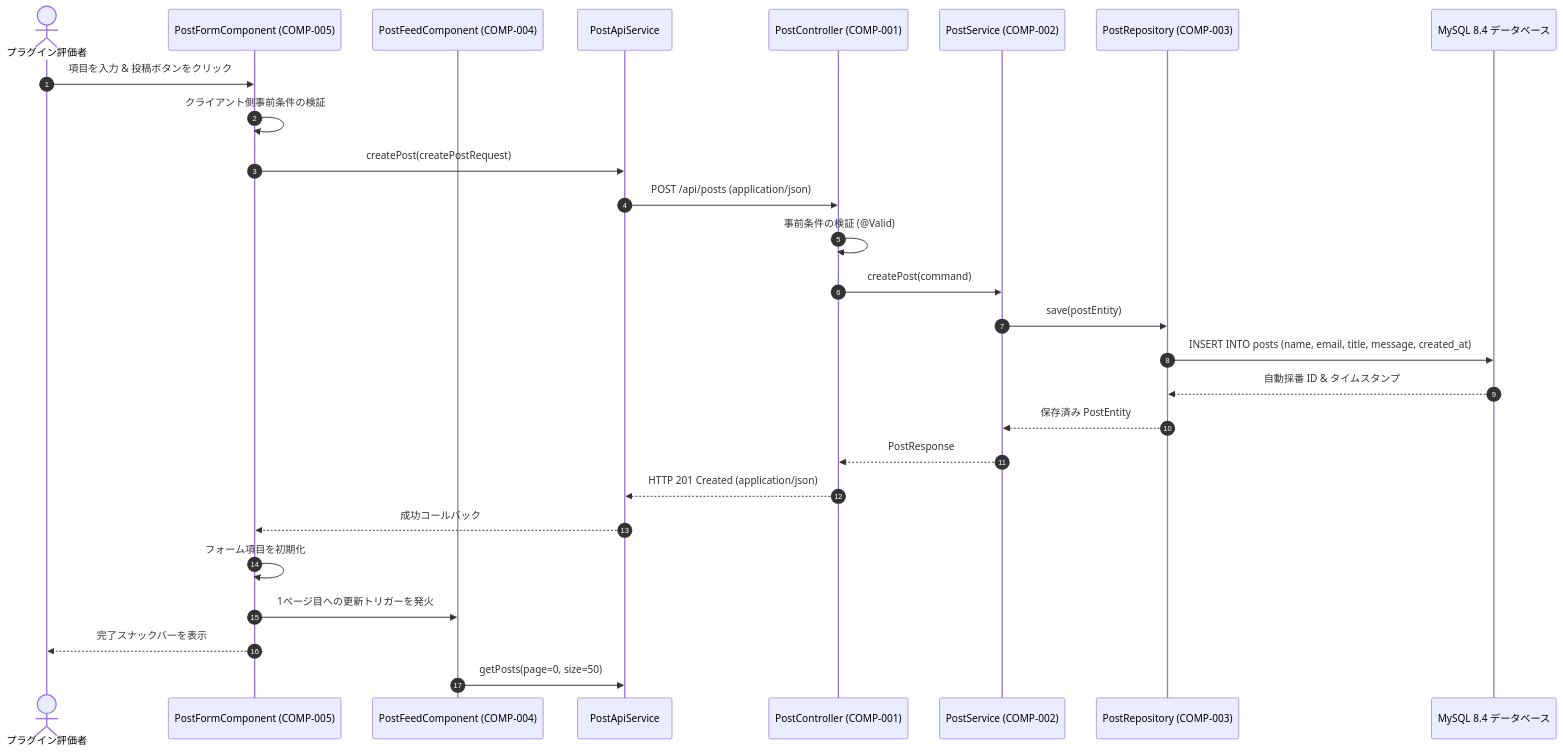
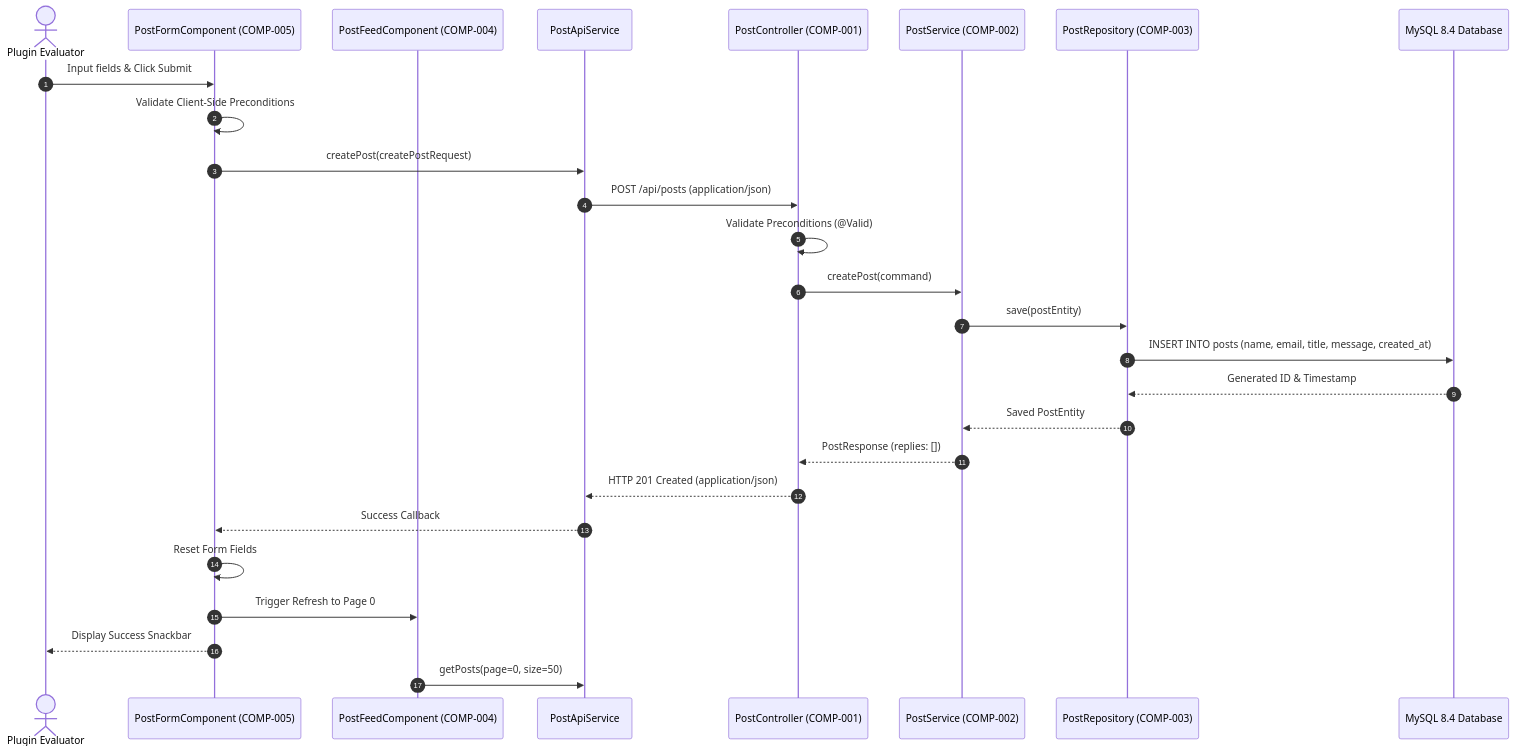
One commit to green-tea-stalk/swe-workflow-playground changed the third of 4 diagrams in docs/specs/bulletin-board/design.ja.md. Above: the diagram before and after it, drawn with Mermaid. The commit also changed other lines of this file and 5 other files, not shown here.

````diff
--- a/docs/specs/bulletin-board/design.ja.md
+++ b/docs/specs/bulletin-board/design.ja.md
@@ -83,30 +96,30 @@
 ```mermaid
 sequenceDiagram
     autonumber
-    actor User as プラグイン評価者
+    actor User as Plugin Evaluator
     participant Form as PostFormComponent (COMP-005)
     participant Feed as PostFeedComponent (COMP-004)
     participant Client as PostApiService
     participant Controller as PostController (COMP-001)
     participant Service as PostService (COMP-002)
-    participant Repo as PostRepository (COMP-003)
-    participant DB as MySQL 8.4 データベース
+    participant PostRepo as PostRepository (COMP-003)
+    participant DB as MySQL 8.4 Database
 
-    User->>Form: 項目を入力 & 投稿ボタンをクリック
-    Form->>Form: クライアント側事前条件の検証
+    User->>Form: Input fields & Click Submit
+    Form->>Form: Validate Client-Side Preconditions
     Form->>Client: createPost(createPostRequest)
     Client->>Controller: POST /api/posts (application/json)
-    Controller->>Controller: 事前条件の検証 (@Valid)
+    Controller->>Controller: Validate Preconditions (@Valid)
     Controller->>Service: createPost(command)
-    Service->>Repo: save(postEntity)
-    Repo->>DB: INSERT INTO posts (name, email, title, message, created_at)
-    DB-->>Repo: 自動採番 ID & タイムスタンプ
-    Repo-->>Service: 保存済み PostEntity
-    Service-->>Controller: PostResponse
+    Service->>PostRepo: save(postEntity)
+    PostRepo->>DB: INSERT INTO posts (name, email, title, message, created_at)
+    DB-->>PostRepo: Generated ID & Timestamp
+    PostRepo-->>Service: Saved PostEntity
+    Service-->>Controller: PostResponse (replies: [])
     Controller-->>Client: HTTP 201 Created (application/json)
-    Client-->>Form: 成功コールバック
-    Form->>Form: フォーム項目を初期化
-    Form->>Feed: 1ページ目への更新トリガーを発火
-    Form-->>User: 完了スナックバーを表示
+    Client-->>Form: Success Callback
+    Form->>Form: Reset Form Fields
+    Form->>Feed: Trigger Refresh to Page 0
+    Form-->>User: Display Success Snackbar
     Feed->>Client: getPosts(page=0, size=50)
 ```
````
